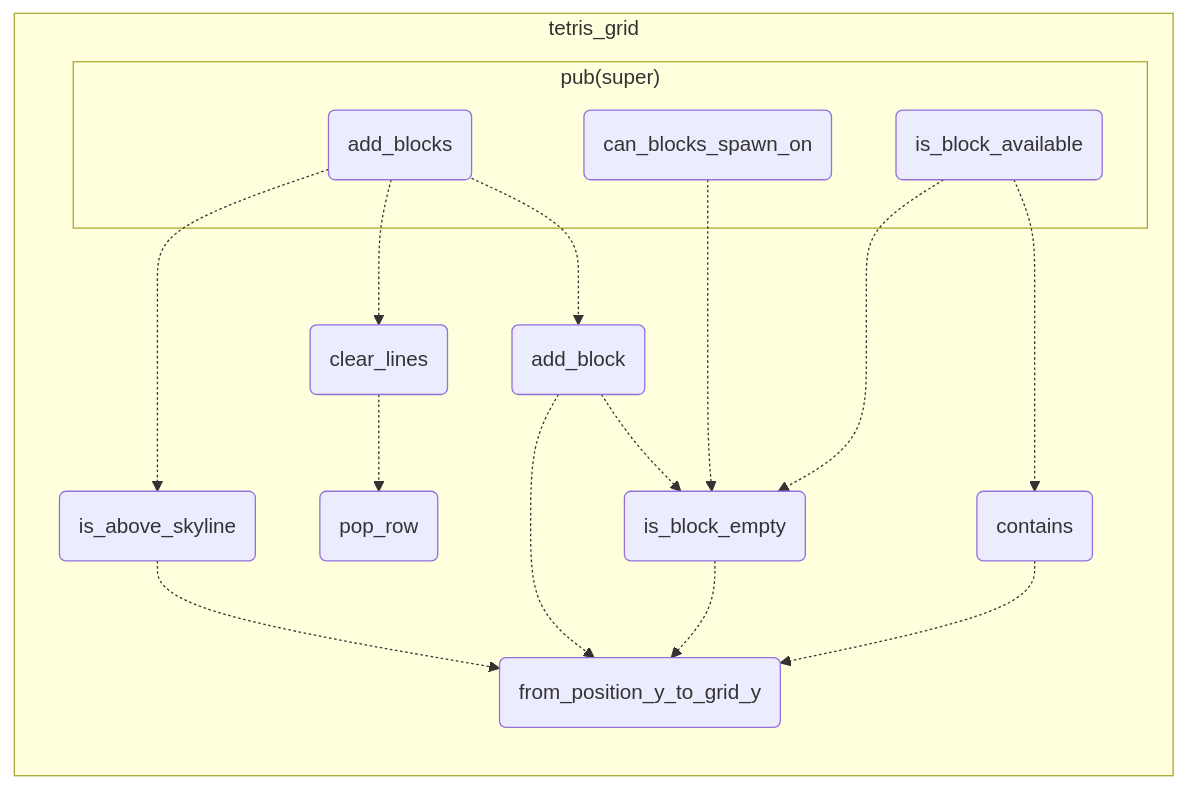
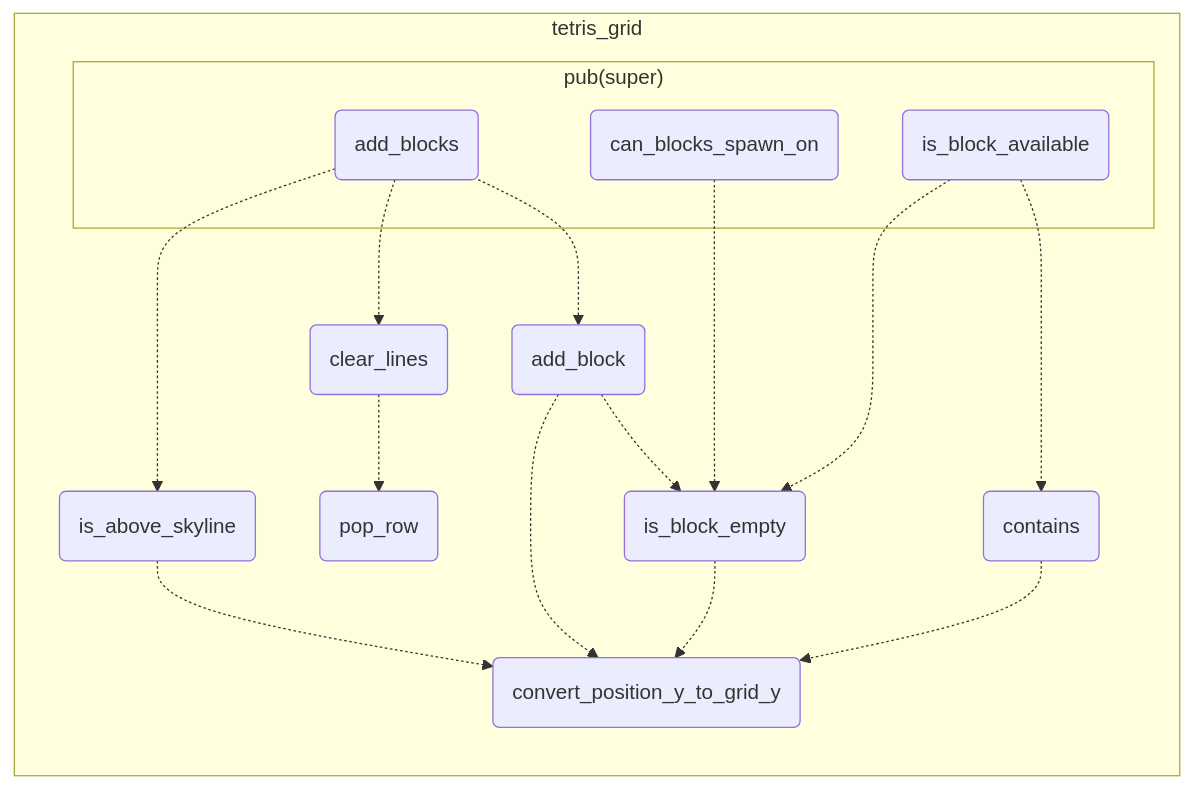
One commit to inesvar/tetris changed the third of 3 diagrams in src/app/player/core/flowgraph.md. Above: the diagram before and after it, drawn with Mermaid. The commit also changed 1 other file, not shown here.

Commit message:
Rename from_position_y_to_grid_y -> convert_position_y_to_grid_y

````diff
--- a/src/app/player/core/flowgraph.md
+++ b/src/app/player/core/flowgraph.md
@@ -105,41 +105,41 @@
 ```mermaid
 graph LR
     %% tetris grid
     clear_lines(clear_lines)
     pop_row(pop_row)
     is_above_skyline(is_above_skyline)
     add_block(add_block)
 
     is_block_empty(is_block_empty)
-    from_position_y_to_grid_y(from_position_y_to_grid_y)
+    convert_position_y_to_grid_y(convert_position_y_to_grid_y)
 
     contains(contains)
 
     add_blocks(add_blocks)
     can_blocks_spawn_on(can_blocks_spawn_on)
     is_block_available(is_block_available)
 
     subgraph tetris_grid
         subgraph "pub(super)"
             add_blocks
             can_blocks_spawn_on
             is_block_available
         end
         add_blocks -.-> is_above_skyline
         add_blocks -.-> clear_lines
         add_blocks -.-> add_block
     
-        is_above_skyline -.-> from_position_y_to_grid_y
+        is_above_skyline -.-> convert_position_y_to_grid_y
         clear_lines -.-> pop_row
         add_block -.-> is_block_empty
-        add_block -.-> from_position_y_to_grid_y
+        add_block -.-> convert_position_y_to_grid_y
     
-        is_block_empty -.-> from_position_y_to_grid_y
+        is_block_empty -.-> convert_position_y_to_grid_y
 
-        contains -.-> from_position_y_to_grid_y
+        contains -.-> convert_position_y_to_grid_y
 
         can_blocks_spawn_on -.-> is_block_empty
         is_block_available -.-> contains
         is_block_available -.-> is_block_empty
     end
 ```
````
